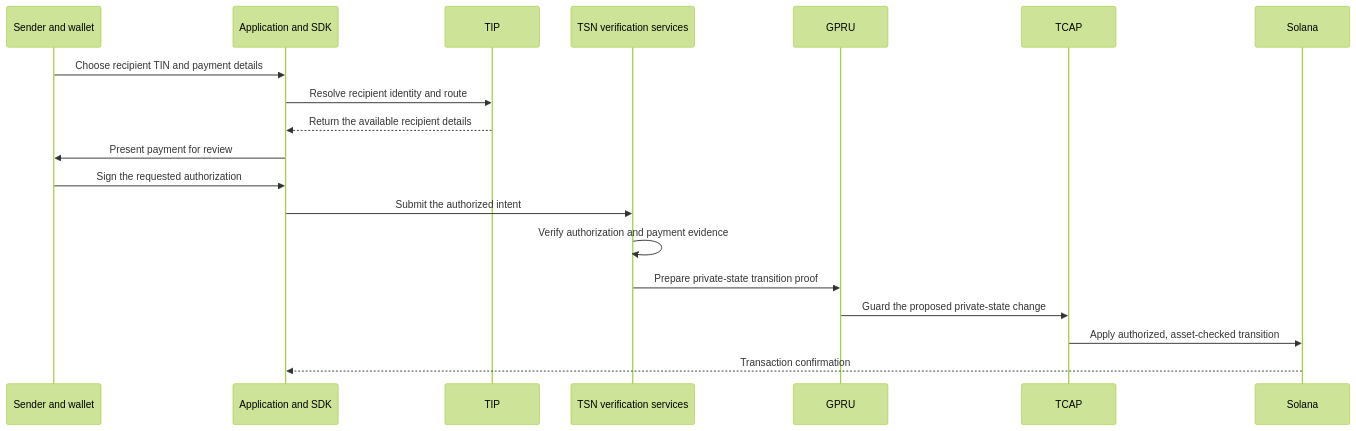
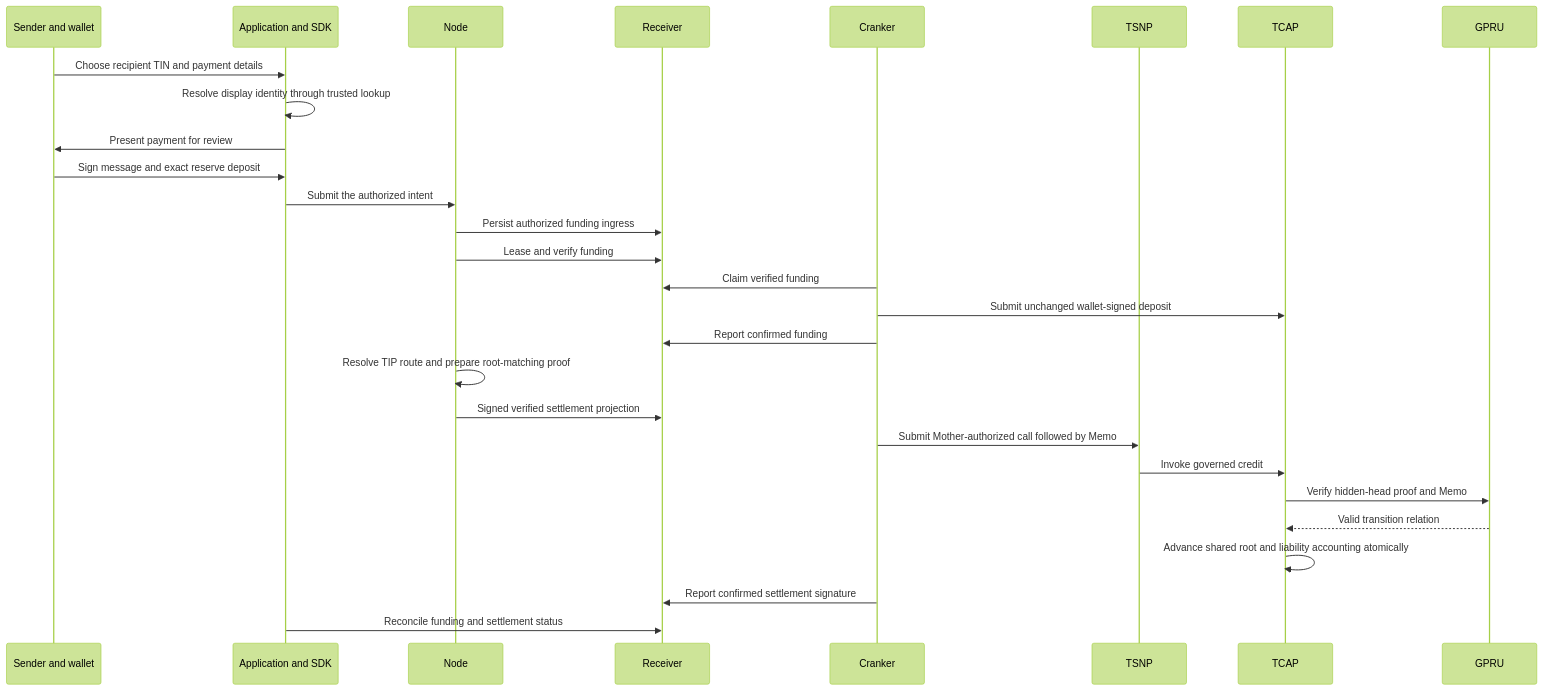
Before and after one commit to Trustlink-Labs/TSN-Protocol: the diagram in tsn-docs/overview/how-it-works.mdx, drawn with Mermaid (forest theme). The commit also changed other lines of this file and 126 other files, not shown here.

````diff
--- a/tsn-docs/overview/how-it-works.mdx
+++ b/tsn-docs/overview/how-it-works.mdx
@@ -10,22 +10,31 @@
 ```mermaid
 sequenceDiagram
     participant S as Sender and wallet
     participant A as Application and SDK
-    participant I as TIP
-    participant N as TSN verification services
+    participant N as Node
+    participant R as Receiver
+    participant K as Cranker
+    participant P as TSNP
+    participant T as TCAP
     participant G as GPRU
-    participant T as TCAP
-    participant C as Solana
 
     S->>A: Choose recipient TIN and payment details
-    A->>I: Resolve recipient identity and route
-    I-->>A: Return the available recipient details
+    A->>A: Resolve display identity through trusted lookup
     A->>S: Present payment for review
-    S->>A: Sign the requested authorization
+    S->>A: Sign message and exact reserve deposit
     A->>N: Submit the authorized intent
-    N->>N: Verify authorization and payment evidence
-    N->>G: Prepare private-state transition proof
-    G->>T: Guard the proposed private-state change
-    T->>C: Apply authorized, asset-checked transition
-    C-->>A: Transaction confirmation
+    N->>R: Persist authorized funding ingress
+    N->>R: Lease and verify funding
+    K->>R: Claim verified funding
+    K->>T: Submit unchanged wallet-signed deposit
+    K->>R: Report confirmed funding
+    N->>N: Resolve TIP route and prepare root-matching proof
+    N->>R: Signed verified settlement projection
+    K->>P: Submit Mother-authorized call followed by Memo
+    P->>T: Invoke governed credit
+    T->>G: Verify hidden-head proof and Memo
+    G-->>T: Valid transition relation
+    T->>T: Advance shared root and liability accounting atomically
+    K->>R: Report confirmed settlement signature
+    A->>R: Reconcile funding and settlement status
 ```
````
